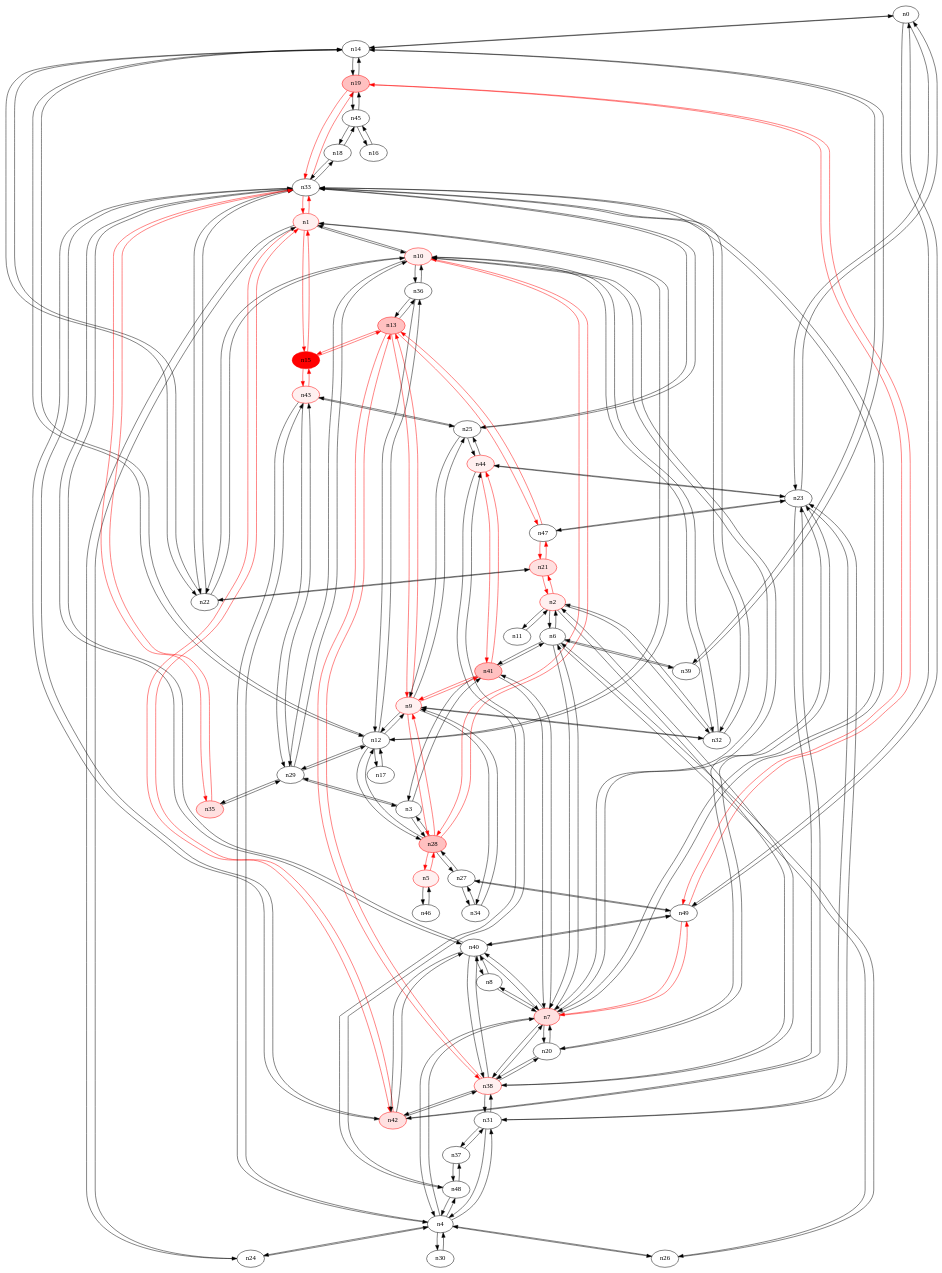
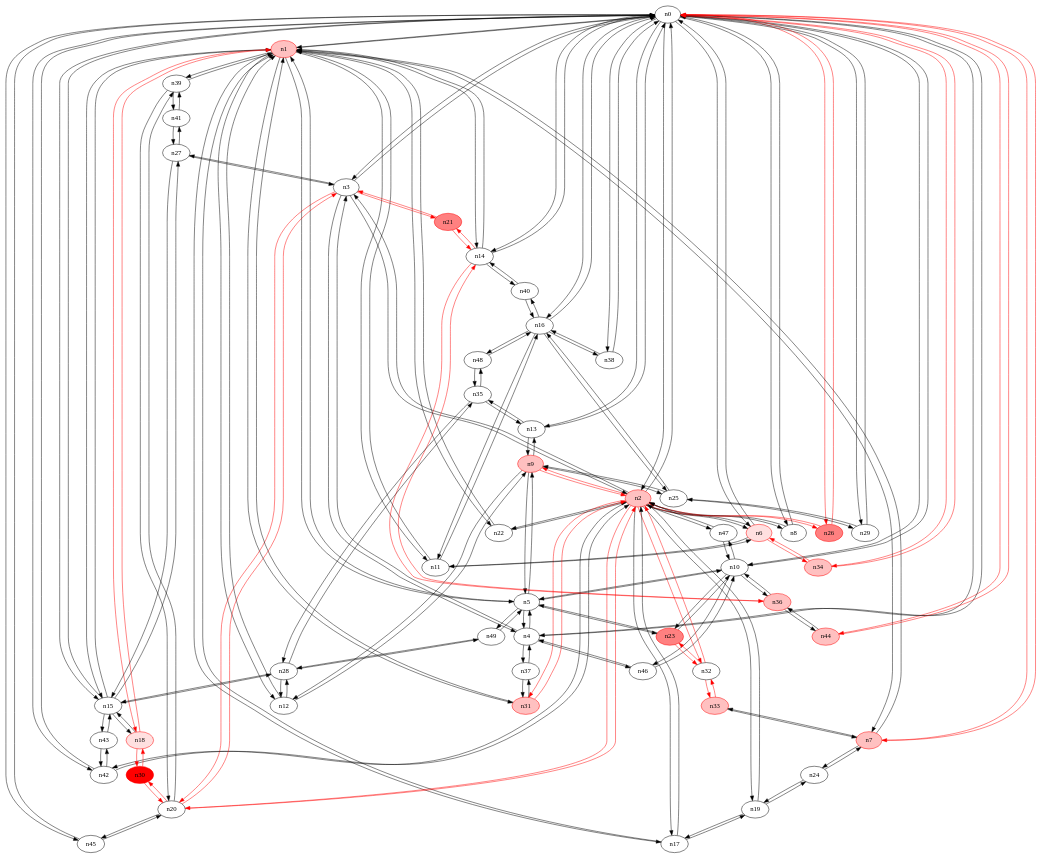
One commit to ireallyhopeirememberthis/yates_rrt changed the diagram in 50_25/29-rrt1.dot. Above: the diagram before and after it, drawn with Graphviz. The commit also changed 7464 other files, not shown here.

```diff
--- a/50_25/29-rrt1.dot
+++ b/50_25/29-rrt1.dot
@@ -1,252 +1,244 @@
 strict digraph {
 n0 [type=switch];
+n1 [type=host, color="#FF0000", style=filled, fillcolor="#FFC0C0"];
+n2 [type=host, color="#FF0000", style=filled, fillcolor="#FFC0C0"];
+n3 [type=switch];
+n4 [type=switch];
+n6 [type=host, color="#FF0000", style=filled, fillcolor="#FFE0E0"];
+n7 [type=host, color="#FF0000", style=filled, fillcolor="#FFC0C0"];
+n8 [type=switch];
+n10 [type=switch];
+n13 [type=switch];
 n14 [type=switch];
-n23 [type=switch];
+n15 [type=switch];
+n16 [type=switch];
+n26 [type=switch, color="#FF0000", style=filled, fillcolor="#FF8080"];
+n29 [type=switch];
+n34 [type=switch, color="#FF0000", style=filled, fillcolor="#FFC0C0"];
+n38 [type=switch];
+n42 [type=switch];
+n44 [type=host, color="#FF0000", style=filled, fillcolor="#FFC0C0"];
+n45 [type=switch];
+n5 [type=switch];
+n11 [type=switch];
+n12 [type=switch];
+n17 [type=switch];
+n18 [type=host, color="#FF0000", style=filled, fillcolor="#FFE0E0"];
+n22 [type=switch];
+n31 [type=host, color="#FF0000", style=filled, fillcolor="#FFC0C0"];
+n39 [type=switch];
+n9 [type=host, color="#FF0000", style=filled, fillcolor="#FFC0C0"];
+n19 [type=switch];
+n20 [type=switch];
+n32 [type=switch];
+n47 [type=switch];
+n21 [type=host, color="#FF0000", style=filled, fillcolor="#FF8080"];
+n27 [type=switch];
+n37 [type=switch];
+n46 [type=switch];
+n23 [type=switch, color="#FF0000", style=filled, fillcolor="#FF8080"];
 n49 [type=switch];
-n1 [type=host, color="#FF0000", style=filled, fillcolor="#FFF0F0"];
-n10 [type=host, color="#FF0000", style=filled, fillcolor="#FFF0F0"];
-n12 [type=switch];
-n15 [type=switch, color="#FF0000", style=filled, fillcolor="#FF0000"];
 n24 [type=switch];
-n33 [type=switch];
-n42 [type=host, color="#FF0000", style=filled, fillcolor="#FFE0E0"];
-n2 [type=host, color="#FF0000", style=filled, fillcolor="#FFF0F0"];
-n6 [type=switch];
-n11 [type=switch];
-n21 [type=switch, color="#FF0000", style=filled, fillcolor="#FFE0E0"];
-n32 [type=switch];
-n38 [type=host, color="#FF0000", style=filled, fillcolor="#FFF0F0"];
-n3 [type=switch];
-n28 [type=switch, color="#FF0000", style=filled, fillcolor="#FFC0C0"];
-n29 [type=switch];
-n41 [type=host, color="#FF0000", style=filled, fillcolor="#FFC0C0"];
-n4 [type=switch];
-n7 [type=host, color="#FF0000", style=filled, fillcolor="#FFE0E0"];
-n26 [type=switch];
-n30 [type=switch];
-n31 [type=switch];
-n43 [type=host, color="#FF0000", style=filled, fillcolor="#FFF0F0"];
+n33 [type=host, color="#FF0000", style=filled, fillcolor="#FFC0C0"];
+n25 [type=switch];
+n36 [type=host, color="#FF0000", style=filled, fillcolor="#FFC0C0"];
+n28 [type=switch];
+n35 [type=switch];
+n40 [type=switch];
+n43 [type=switch];
 n48 [type=switch];
-n5 [type=host, color="#FF0000", style=filled, fillcolor="#FFF0F0"];
-n46 [type=switch];
-n39 [type=switch];
-n8 [type=switch];
-n20 [type=switch];
-n40 [type=switch];
-n9 [type=host, color="#FF0000", style=filled, fillcolor="#FFF0F0"];
-n13 [type=switch, color="#FF0000", style=filled, fillcolor="#FFC0C0"];
-n25 [type=switch];
-n34 [type=switch];
-n22 [type=switch];
-n36 [type=switch];
-n17 [type=switch];
-n47 [type=switch];
-n19 [type=switch, color="#FF0000", style=filled, fillcolor="#FFC0C0"];
-n16 [type=switch];
-n45 [type=switch];
-n18 [type=switch];
-n44 [type=host, color="#FF0000", style=filled, fillcolor="#FFF0F0"];
-n27 [type=switch];
-n35 [type=host, color="#FF0000", style=filled, fillcolor="#FFE0E0"];
-n37 [type=switch];
+n30 [type=host, color="#FF0000", style=filled, fillcolor="#FF0000"];
+n41 [type=switch];
+n0 -> n1 [src_port=0, dst_port=0];
+n0 -> n2 [src_port=0, dst_port=0];
+n0 -> n3 [src_port=0, dst_port=0];
+n0 -> n4 [src_port=0, dst_port=0];
+n0 -> n6 [src_port=0, dst_port=0];
+n0 -> n7 [src_port=0, dst_port=0, color="#FF0000"];
+n0 -> n8 [src_port=0, dst_port=0];
+n0 -> n10 [src_port=0, dst_port=0];
+n0 -> n13 [src_port=0, dst_port=0];
 n0 -> n14 [src_port=0, dst_port=0];
-n0 -> n23 [src_port=0, dst_port=0];
-n0 -> n49 [src_port=0, dst_port=0];
+n0 -> n15 [src_port=0, dst_port=0];
+n0 -> n16 [src_port=0, dst_port=0];
+n0 -> n26 [src_port=0, dst_port=0, color="#FF0000"];
+n0 -> n29 [src_port=0, dst_port=0];
+n0 -> n34 [src_port=0, dst_port=0, color="#FF0000"];
+n0 -> n38 [src_port=0, dst_port=0];
+n0 -> n42 [src_port=0, dst_port=0];
+n0 -> n44 [src_port=0, dst_port=0, color="#FF0000"];
+n0 -> n45 [src_port=0, dst_port=0];
+n1 -> n0 [src_port=0, dst_port=0];
+n1 -> n7 [src_port=0, dst_port=0];
+n1 -> n14 [src_port=0, dst_port=0];
+n1 -> n15 [src_port=0, dst_port=0];
+n1 -> n5 [src_port=0, dst_port=0];
+n1 -> n11 [src_port=0, dst_port=0];
+n1 -> n12 [src_port=0, dst_port=0];
+n1 -> n17 [src_port=0, dst_port=0];
+n1 -> n18 [src_port=0, dst_port=0, color="#FF0000"];
+n1 -> n22 [src_port=0, dst_port=0];
+n1 -> n31 [src_port=0, dst_port=0];
+n1 -> n39 [src_port=0, dst_port=0];
+n2 -> n0 [src_port=0, dst_port=0];
+n2 -> n3 [src_port=0, dst_port=0];
+n2 -> n6 [src_port=0, dst_port=0];
+n2 -> n8 [src_port=0, dst_port=0];
+n2 -> n26 [src_port=0, dst_port=0, color="#FF0000"];
+n2 -> n42 [src_port=0, dst_port=0];
+n2 -> n17 [src_port=0, dst_port=0];
+n2 -> n22 [src_port=0, dst_port=0];
+n2 -> n31 [src_port=0, dst_port=0, color="#FF0000"];
+n2 -> n9 [src_port=0, dst_port=0, color="#FF0000"];
+n2 -> n19 [src_port=0, dst_port=0];
+n2 -> n20 [src_port=0, dst_port=0, color="#FF0000"];
+n2 -> n32 [src_port=0, dst_port=0, color="#FF0000"];
+n2 -> n47 [src_port=0, dst_port=0];
+n3 -> n0 [src_port=0, dst_port=0];
+n3 -> n2 [src_port=0, dst_port=0];
+n3 -> n4 [src_port=0, dst_port=0];
+n3 -> n20 [src_port=0, dst_port=0, color="#FF0000"];
+n3 -> n21 [src_port=0, dst_port=0, color="#FF0000"];
+n3 -> n27 [src_port=0, dst_port=0];
+n4 -> n0 [src_port=0, dst_port=0];
+n4 -> n3 [src_port=0, dst_port=0];
+n4 -> n5 [src_port=0, dst_port=0];
+n4 -> n37 [src_port=0, dst_port=0];
+n4 -> n46 [src_port=0, dst_port=0];
+n6 -> n0 [src_port=0, dst_port=0];
+n6 -> n2 [src_port=0, dst_port=0];
+n6 -> n34 [src_port=0, dst_port=0, color="#FF0000"];
+n6 -> n11 [src_port=0, dst_port=0];
+n7 -> n0 [src_port=0, dst_port=0, color="#FF0000"];
+n7 -> n1 [src_port=0, dst_port=0];
+n7 -> n24 [src_port=0, dst_port=0];
+n7 -> n33 [src_port=0, dst_port=0];
+n8 -> n0 [src_port=0, dst_port=0];
+n8 -> n2 [src_port=0, dst_port=0];
+n10 -> n0 [src_port=0, dst_port=0];
+n10 -> n5 [src_port=0, dst_port=0];
+n10 -> n47 [src_port=0, dst_port=0];
+n10 -> n46 [src_port=0, dst_port=0];
+n10 -> n23 [src_port=0, dst_port=0];
+n10 -> n36 [src_port=0, dst_port=0];
+n13 -> n0 [src_port=0, dst_port=0];
+n13 -> n9 [src_port=0, dst_port=0];
+n13 -> n35 [src_port=0, dst_port=0];
 n14 -> n0 [src_port=0, dst_port=0];
-n14 -> n12 [src_port=0, dst_port=0];
-n14 -> n39 [src_port=0, dst_port=0];
-n14 -> n22 [src_port=0, dst_port=0];
-n14 -> n19 [src_port=0, dst_port=0];
-n23 -> n0 [src_port=0, dst_port=0];
-n23 -> n42 [src_port=0, dst_port=0];
-n23 -> n31 [src_port=0, dst_port=0];
-n23 -> n20 [src_port=0, dst_port=0];
-n23 -> n47 [src_port=0, dst_port=0];
-n23 -> n44 [src_port=0, dst_port=0];
-n49 -> n0 [src_port=0, dst_port=0];
-n49 -> n7 [src_port=0, dst_port=0, color="#FF0000"];
-n49 -> n40 [src_port=0, dst_port=0];
-n49 -> n19 [src_port=0, dst_port=0, color="#FF0000"];
-n49 -> n27 [src_port=0, dst_port=0];
-n1 -> n10 [src_port=0, dst_port=0];
-n1 -> n12 [src_port=0, dst_port=0];
-n1 -> n15 [src_port=0, dst_port=0, color="#FF0000"];
-n1 -> n24 [src_port=0, dst_port=0];
-n1 -> n33 [src_port=0, dst_port=0, color="#FF0000"];
-n1 -> n42 [src_port=0, dst_port=0, color="#FF0000"];
-n10 -> n1 [src_port=0, dst_port=0];
-n10 -> n32 [src_port=0, dst_port=0];
-n10 -> n28 [src_port=0, dst_port=0, color="#FF0000"];
-n10 -> n29 [src_port=0, dst_port=0];
-n10 -> n7 [src_port=0, dst_port=0];
-n10 -> n22 [src_port=0, dst_port=0];
-n10 -> n36 [src_port=0, dst_port=0];
-n12 -> n14 [src_port=0, dst_port=0];
+n14 -> n1 [src_port=0, dst_port=0];
+n14 -> n21 [src_port=0, dst_port=0, color="#FF0000"];
+n14 -> n36 [src_port=0, dst_port=0, color="#FF0000"];
+n14 -> n40 [src_port=0, dst_port=0];
+n15 -> n0 [src_port=0, dst_port=0];
+n15 -> n1 [src_port=0, dst_port=0];
+n15 -> n18 [src_port=0, dst_port=0];
+n15 -> n27 [src_port=0, dst_port=0];
+n15 -> n28 [src_port=0, dst_port=0];
+n15 -> n43 [src_port=0, dst_port=0];
+n16 -> n0 [src_port=0, dst_port=0];
+n16 -> n38 [src_port=0, dst_port=0];
+n16 -> n11 [src_port=0, dst_port=0];
+n16 -> n25 [src_port=0, dst_port=0];
+n16 -> n40 [src_port=0, dst_port=0];
+n16 -> n48 [src_port=0, dst_port=0];
+n26 -> n0 [src_port=0, dst_port=0, color="#FF0000"];
+n26 -> n2 [src_port=0, dst_port=0, color="#FF0000"];
+n29 -> n0 [src_port=0, dst_port=0];
+n29 -> n25 [src_port=0, dst_port=0];
+n34 -> n0 [src_port=0, dst_port=0, color="#FF0000"];
+n34 -> n6 [src_port=0, dst_port=0, color="#FF0000"];
+n38 -> n0 [src_port=0, dst_port=0];
+n38 -> n16 [src_port=0, dst_port=0];
+n42 -> n0 [src_port=0, dst_port=0];
+n42 -> n2 [src_port=0, dst_port=0];
+n42 -> n43 [src_port=0, dst_port=0];
+n44 -> n0 [src_port=0, dst_port=0, color="#FF0000"];
+n44 -> n36 [src_port=0, dst_port=0];
+n45 -> n0 [src_port=0, dst_port=0];
+n45 -> n20 [src_port=0, dst_port=0];
+n5 -> n1 [src_port=0, dst_port=0];
+n5 -> n4 [src_port=0, dst_port=0];
+n5 -> n10 [src_port=0, dst_port=0];
+n5 -> n9 [src_port=0, dst_port=0];
+n5 -> n23 [src_port=0, dst_port=0];
+n5 -> n49 [src_port=0, dst_port=0];
+n11 -> n1 [src_port=0, dst_port=0];
+n11 -> n6 [src_port=0, dst_port=0];
+n11 -> n16 [src_port=0, dst_port=0];
 n12 -> n1 [src_port=0, dst_port=0];
+n12 -> n9 [src_port=0, dst_port=0];
 n12 -> n28 [src_port=0, dst_port=0];
-n12 -> n29 [src_port=0, dst_port=0];
-n12 -> n9 [src_port=0, dst_port=0];
-n12 -> n36 [src_port=0, dst_port=0];
-n12 -> n17 [src_port=0, dst_port=0];
-n15 -> n1 [src_port=0, dst_port=0, color="#FF0000"];
-n15 -> n43 [src_port=0, dst_port=0, color="#FF0000"];
-n15 -> n13 [src_port=0, dst_port=0, color="#FF0000"];
-n24 -> n1 [src_port=0, dst_port=0];
-n24 -> n4 [src_port=0, dst_port=0];
-n33 -> n1 [src_port=0, dst_port=0, color="#FF0000"];
-n33 -> n42 [src_port=0, dst_port=0];
-n33 -> n32 [src_port=0, dst_port=0];
+n17 -> n1 [src_port=0, dst_port=0];
+n17 -> n2 [src_port=0, dst_port=0];
+n17 -> n19 [src_port=0, dst_port=0];
+n18 -> n1 [src_port=0, dst_port=0, color="#FF0000"];
+n18 -> n15 [src_port=0, dst_port=0];
+n18 -> n30 [src_port=0, dst_port=0, color="#FF0000"];
+n22 -> n1 [src_port=0, dst_port=0];
+n22 -> n2 [src_port=0, dst_port=0];
+n31 -> n1 [src_port=0, dst_port=0];
+n31 -> n2 [src_port=0, dst_port=0, color="#FF0000"];
+n31 -> n37 [src_port=0, dst_port=0];
+n39 -> n1 [src_port=0, dst_port=0];
+n39 -> n20 [src_port=0, dst_port=0];
+n39 -> n41 [src_port=0, dst_port=0];
+n9 -> n2 [src_port=0, dst_port=0, color="#FF0000"];
+n9 -> n13 [src_port=0, dst_port=0];
+n9 -> n5 [src_port=0, dst_port=0];
+n9 -> n12 [src_port=0, dst_port=0];
+n9 -> n25 [src_port=0, dst_port=0];
+n19 -> n2 [src_port=0, dst_port=0];
+n19 -> n17 [src_port=0, dst_port=0];
+n19 -> n24 [src_port=0, dst_port=0];
+n20 -> n2 [src_port=0, dst_port=0, color="#FF0000"];
+n20 -> n3 [src_port=0, dst_port=0, color="#FF0000"];
+n20 -> n45 [src_port=0, dst_port=0];
+n20 -> n39 [src_port=0, dst_port=0];
+n20 -> n30 [src_port=0, dst_port=0, color="#FF0000"];
+n32 -> n2 [src_port=0, dst_port=0, color="#FF0000"];
+n32 -> n23 [src_port=0, dst_port=0, color="#FF0000"];
+n32 -> n33 [src_port=0, dst_port=0, color="#FF0000"];
+n47 -> n2 [src_port=0, dst_port=0];
+n47 -> n10 [src_port=0, dst_port=0];
+n21 -> n3 [src_port=0, dst_port=0, color="#FF0000"];
+n21 -> n14 [src_port=0, dst_port=0, color="#FF0000"];
+n27 -> n3 [src_port=0, dst_port=0];
+n27 -> n15 [src_port=0, dst_port=0];
+n27 -> n41 [src_port=0, dst_port=0];
+n37 -> n4 [src_port=0, dst_port=0];
+n37 -> n31 [src_port=0, dst_port=0];
+n46 -> n4 [src_port=0, dst_port=0];
+n46 -> n10 [src_port=0, dst_port=0];
+n23 -> n10 [src_port=0, dst_port=0];
+n23 -> n5 [src_port=0, dst_port=0];
+n23 -> n32 [src_port=0, dst_port=0, color="#FF0000"];
+n49 -> n5 [src_port=0, dst_port=0];
+n49 -> n28 [src_port=0, dst_port=0];
+n24 -> n7 [src_port=0, dst_port=0];
+n24 -> n19 [src_port=0, dst_port=0];
 n33 -> n7 [src_port=0, dst_port=0];
-n33 -> n40 [src_port=0, dst_port=0];
-n33 -> n25 [src_port=0, dst_port=0];
-n33 -> n22 [src_port=0, dst_port=0];
-n33 -> n19 [src_port=0, dst_port=0, color="#FF0000"];
-n33 -> n18 [src_port=0, dst_port=0];
-n33 -> n35 [src_port=0, dst_port=0, color="#FF0000"];
-n42 -> n23 [src_port=0, dst_port=0];
-n42 -> n1 [src_port=0, dst_port=0, color="#FF0000"];
-n42 -> n33 [src_port=0, dst_port=0];
-n42 -> n38 [src_port=0, dst_port=0];
-n42 -> n40 [src_port=0, dst_port=0];
-n2 -> n6 [src_port=0, dst_port=0];
-n2 -> n11 [src_port=0, dst_port=0];
-n2 -> n21 [src_port=0, dst_port=0, color="#FF0000"];
-n2 -> n32 [src_port=0, dst_port=0];
-n2 -> n38 [src_port=0, dst_port=0];
-n6 -> n2 [src_port=0, dst_port=0];
-n6 -> n41 [src_port=0, dst_port=0];
-n6 -> n7 [src_port=0, dst_port=0];
-n6 -> n26 [src_port=0, dst_port=0];
-n6 -> n39 [src_port=0, dst_port=0];
-n11 -> n2 [src_port=0, dst_port=0];
-n21 -> n2 [src_port=0, dst_port=0, color="#FF0000"];
-n21 -> n22 [src_port=0, dst_port=0];
-n21 -> n47 [src_port=0, dst_port=0, color="#FF0000"];
-n32 -> n10 [src_port=0, dst_port=0];
-n32 -> n33 [src_port=0, dst_port=0];
-n32 -> n2 [src_port=0, dst_port=0];
-n32 -> n9 [src_port=0, dst_port=0];
-n38 -> n42 [src_port=0, dst_port=0];
-n38 -> n2 [src_port=0, dst_port=0];
-n38 -> n7 [src_port=0, dst_port=0];
-n38 -> n31 [src_port=0, dst_port=0];
-n38 -> n20 [src_port=0, dst_port=0];
-n38 -> n40 [src_port=0, dst_port=0];
-n38 -> n13 [src_port=0, dst_port=0, color="#FF0000"];
-n3 -> n28 [src_port=0, dst_port=0];
-n3 -> n29 [src_port=0, dst_port=0];
-n3 -> n41 [src_port=0, dst_port=0];
-n28 -> n10 [src_port=0, dst_port=0, color="#FF0000"];
+n33 -> n32 [src_port=0, dst_port=0, color="#FF0000"];
+n25 -> n16 [src_port=0, dst_port=0];
+n25 -> n29 [src_port=0, dst_port=0];
+n25 -> n9 [src_port=0, dst_port=0];
+n36 -> n10 [src_port=0, dst_port=0];
+n36 -> n14 [src_port=0, dst_port=0, color="#FF0000"];
+n36 -> n44 [src_port=0, dst_port=0];
+n28 -> n15 [src_port=0, dst_port=0];
 n28 -> n12 [src_port=0, dst_port=0];
-n28 -> n3 [src_port=0, dst_port=0];
-n28 -> n5 [src_port=0, dst_port=0, color="#FF0000"];
-n28 -> n9 [src_port=0, dst_port=0, color="#FF0000"];
-n28 -> n27 [src_port=0, dst_port=0];
-n29 -> n10 [src_port=0, dst_port=0];
-n29 -> n12 [src_port=0, dst_port=0];
-n29 -> n3 [src_port=0, dst_port=0];
-n29 -> n43 [src_port=0, dst_port=0];
-n29 -> n35 [src_port=0, dst_port=0];
-n41 -> n6 [src_port=0, dst_port=0];
-n41 -> n3 [src_port=0, dst_port=0];
-n41 -> n7 [src_port=0, dst_port=0];
-n41 -> n9 [src_port=0, dst_port=0, color="#FF0000"];
-n41 -> n44 [src_port=0, dst_port=0, color="#FF0000"];
-n4 -> n24 [src_port=0, dst_port=0];
-n4 -> n7 [src_port=0, dst_port=0];
-n4 -> n26 [src_port=0, dst_port=0];
-n4 -> n30 [src_port=0, dst_port=0];
-n4 -> n31 [src_port=0, dst_port=0];
-n4 -> n43 [src_port=0, dst_port=0];
-n4 -> n48 [src_port=0, dst_port=0];
-n7 -> n49 [src_port=0, dst_port=0, color="#FF0000"];
-n7 -> n10 [src_port=0, dst_port=0];
-n7 -> n33 [src_port=0, dst_port=0];
-n7 -> n6 [src_port=0, dst_port=0];
-n7 -> n38 [src_port=0, dst_port=0];
-n7 -> n41 [src_port=0, dst_port=0];
-n7 -> n4 [src_port=0, dst_port=0];
-n7 -> n8 [src_port=0, dst_port=0];
-n7 -> n20 [src_port=0, dst_port=0];
-n7 -> n40 [src_port=0, dst_port=0];
-n26 -> n6 [src_port=0, dst_port=0];
-n26 -> n4 [src_port=0, dst_port=0];
-n30 -> n4 [src_port=0, dst_port=0];
-n31 -> n23 [src_port=0, dst_port=0];
-n31 -> n38 [src_port=0, dst_port=0];
-n31 -> n4 [src_port=0, dst_port=0];
-n31 -> n37 [src_port=0, dst_port=0];
-n43 -> n15 [src_port=0, dst_port=0, color="#FF0000"];
-n43 -> n29 [src_port=0, dst_port=0];
-n43 -> n4 [src_port=0, dst_port=0];
-n43 -> n25 [src_port=0, dst_port=0];
-n48 -> n4 [src_port=0, dst_port=0];
-n48 -> n44 [src_port=0, dst_port=0];
-n48 -> n37 [src_port=0, dst_port=0];
-n5 -> n28 [src_port=0, dst_port=0, color="#FF0000"];
-n5 -> n46 [src_port=0, dst_port=0];
-n46 -> n5 [src_port=0, dst_port=0];
-n39 -> n14 [src_port=0, dst_port=0];
-n39 -> n6 [src_port=0, dst_port=0];
-n8 -> n7 [src_port=0, dst_port=0];
-n8 -> n40 [src_port=0, dst_port=0];
-n20 -> n23 [src_port=0, dst_port=0];
-n20 -> n38 [src_port=0, dst_port=0];
-n20 -> n7 [src_port=0, dst_port=0];
-n40 -> n49 [src_port=0, dst_port=0];
-n40 -> n33 [src_port=0, dst_port=0];
-n40 -> n42 [src_port=0, dst_port=0];
-n40 -> n38 [src_port=0, dst_port=0];
-n40 -> n7 [src_port=0, dst_port=0];
-n40 -> n8 [src_port=0, dst_port=0];
-n9 -> n12 [src_port=0, dst_port=0];
-n9 -> n32 [src_port=0, dst_port=0];
-n9 -> n28 [src_port=0, dst_port=0, color="#FF0000"];
-n9 -> n41 [src_port=0, dst_port=0, color="#FF0000"];
-n9 -> n13 [src_port=0, dst_port=0, color="#FF0000"];
-n9 -> n25 [src_port=0, dst_port=0];
-n9 -> n34 [src_port=0, dst_port=0];
-n13 -> n15 [src_port=0, dst_port=0, color="#FF0000"];
-n13 -> n38 [src_port=0, dst_port=0, color="#FF0000"];
-n13 -> n9 [src_port=0, dst_port=0, color="#FF0000"];
-n13 -> n36 [src_port=0, dst_port=0];
-n13 -> n47 [src_port=0, dst_port=0, color="#FF0000"];
-n25 -> n33 [src_port=0, dst_port=0];
-n25 -> n43 [src_port=0, dst_port=0];
-n25 -> n9 [src_port=0, dst_port=0];
-n25 -> n44 [src_port=0, dst_port=0];
-n34 -> n9 [src_port=0, dst_port=0];
-n34 -> n27 [src_port=0, dst_port=0];
-n22 -> n14 [src_port=0, dst_port=0];
-n22 -> n10 [src_port=0, dst_port=0];
-n22 -> n33 [src_port=0, dst_port=0];
-n22 -> n21 [src_port=0, dst_port=0];
-n36 -> n10 [src_port=0, dst_port=0];
-n36 -> n12 [src_port=0, dst_port=0];
-n36 -> n13 [src_port=0, dst_port=0];
-n17 -> n12 [src_port=0, dst_port=0];
-n47 -> n23 [src_port=0, dst_port=0];
-n47 -> n21 [src_port=0, dst_port=0, color="#FF0000"];
-n47 -> n13 [src_port=0, dst_port=0, color="#FF0000"];
-n19 -> n14 [src_port=0, dst_port=0];
-n19 -> n49 [src_port=0, dst_port=0, color="#FF0000"];
-n19 -> n33 [src_port=0, dst_port=0, color="#FF0000"];
-n19 -> n45 [src_port=0, dst_port=0];
-n16 -> n45 [src_port=0, dst_port=0];
-n45 -> n19 [src_port=0, dst_port=0];
-n45 -> n16 [src_port=0, dst_port=0];
-n45 -> n18 [src_port=0, dst_port=0];
-n18 -> n33 [src_port=0, dst_port=0];
-n18 -> n45 [src_port=0, dst_port=0];
-n44 -> n23 [src_port=0, dst_port=0];
-n44 -> n41 [src_port=0, dst_port=0, color="#FF0000"];
-n44 -> n48 [src_port=0, dst_port=0];
-n44 -> n25 [src_port=0, dst_port=0];
-n27 -> n49 [src_port=0, dst_port=0];
-n27 -> n28 [src_port=0, dst_port=0];
-n27 -> n34 [src_port=0, dst_port=0];
-n35 -> n33 [src_port=0, dst_port=0, color="#FF0000"];
-n35 -> n29 [src_port=0, dst_port=0];
-n37 -> n31 [src_port=0, dst_port=0];
-n37 -> n48 [src_port=0, dst_port=0];
+n28 -> n49 [src_port=0, dst_port=0];
+n28 -> n35 [src_port=0, dst_port=0];
+n35 -> n13 [src_port=0, dst_port=0];
+n35 -> n28 [src_port=0, dst_port=0];
+n35 -> n48 [src_port=0, dst_port=0];
+n40 -> n14 [src_port=0, dst_port=0];
+n40 -> n16 [src_port=0, dst_port=0];
+n43 -> n15 [src_port=0, dst_port=0];
+n43 -> n42 [src_port=0, dst_port=0];
+n48 -> n16 [src_port=0, dst_port=0];
+n48 -> n35 [src_port=0, dst_port=0];
+n30 -> n18 [src_port=0, dst_port=0, color="#FF0000"];
+n30 -> n20 [src_port=0, dst_port=0, color="#FF0000"];
+n41 -> n39 [src_port=0, dst_port=0];
+n41 -> n27 [src_port=0, dst_port=0];
 }
```
